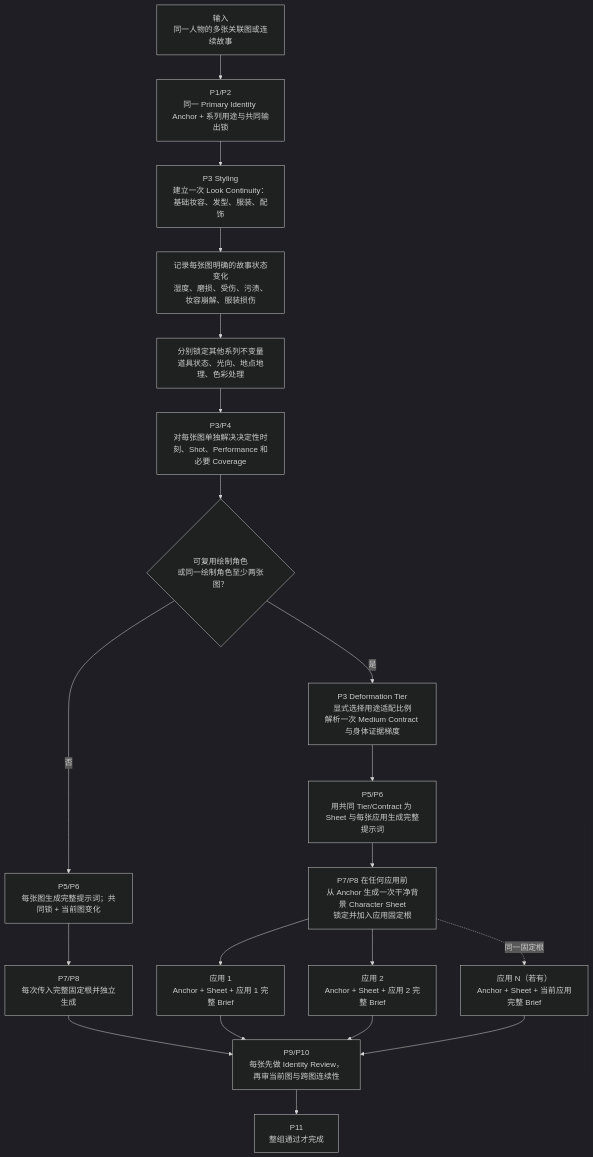
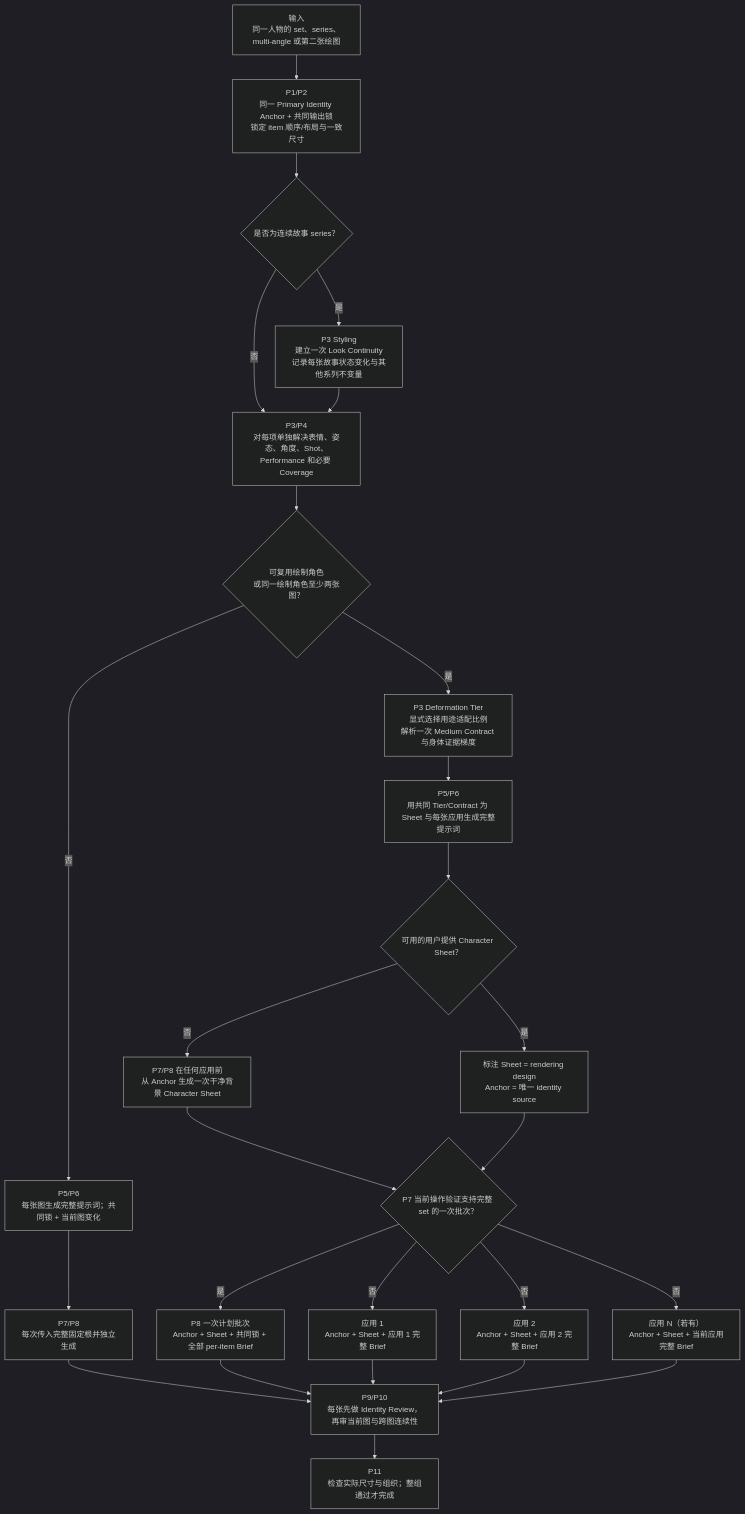
Diagram 11 of 13 in docs/architecture.md (cyaoc/cast-me), drawn with Mermaid (dark theme) before and after one commit. The commit also changed other lines of this file and 4 other files, not shown here.

Commit message:
feat: support drawn sets and multi-angle batches

````diff
--- a/docs/architecture.md
+++ b/docs/architecture.md
@@ -408,22 +412,28 @@
 ```mermaid
 flowchart TD
-    U["输入<br/>同一人物的多张关联图或连续故事"] --> BASE["P1/P2<br/>同一 Primary Identity Anchor + 系列用途与共同输出锁"]
-    BASE --> LOOK["P3 Styling<br/>建立一次 Look Continuity：基础妆容、发型、服装、配饰"]
-    LOOK --> EVOLVE["记录每张图明确的故事状态变化<br/>湿度、磨损、受伤、污渍、妆容崩解、服装损伤"]
-    EVOLVE --> OTHER["分别锁定其他系列不变量<br/>道具状态、光向、地点地理、色彩处理"]
-    OTHER --> EACH["P3/P4<br/>对每张图单独解决决定性时刻、Shot、Performance 和必要 Coverage"]
+    U["输入<br/>同一人物的 set、series、multi-angle 或第二张绘图"] --> BASE["P1/P2<br/>同一 Primary Identity Anchor + 共同输出锁<br/>锁定 item 顺序/布局与一致尺寸"]
+    BASE --> SERIES{"是否为连续故事 series？"}
+    SERIES -- 是 --> LOOK["P3 Styling<br/>建立一次 Look Continuity<br/>记录每张故事状态变化与其他系列不变量"]
+    SERIES -- 否 --> EACH
+    LOOK --> EACH["P3/P4<br/>对每项单独解决表情、姿态、角度、Shot、Performance 和必要 Coverage"]
     EACH --> DRAWN{"可复用绘制角色<br/>或同一绘制角色至少两张图？"}
     DRAWN -- 否 --> P["P5/P6<br/>每张图生成完整提示词；共同锁 + 当前图变化"]
     P --> I["P7/P8<br/>每次传入完整固定根并独立生成"]
     DRAWN -- 是 --> TIER["P3 Deformation Tier<br/>显式选择用途适配比例<br/>解析一次 Medium Contract 与身体证据梯度"]
     TIER --> DP["P5/P6<br/>用共同 Tier/Contract 为 Sheet 与每张应用生成完整提示词"]
-    DP --> SHEET["P7/P8 在任何应用前<br/>从 Anchor 生成一次干净背景 Character Sheet<br/>锁定并加入应用固定根"]
-    SHEET --> A1["应用 1<br/>Anchor + Sheet + 应用 1 完整 Brief"]
-    SHEET --> A2["应用 2<br/>Anchor + Sheet + 应用 2 完整 Brief"]
-    SHEET -. 同一固定根 .-> AN["应用 N（若有）<br/>Anchor + Sheet + 当前应用完整 Brief"]
+    DP --> PROVIDED{"可用的用户提供 Character Sheet？"}
+    PROVIDED -- 否 --> SHEET["P7/P8 在任何应用前<br/>从 Anchor 生成一次干净背景 Character Sheet"]
+    PROVIDED -- 是 --> LABEL["标注 Sheet = rendering design<br/>Anchor = 唯一 identity source"]
+    SHEET --> CAP{"P7 当前操作验证支持完整 set 的一次批次？"}
+    LABEL --> CAP
+    CAP -- 是 --> BATCH["P8 一次计划批次<br/>Anchor + Sheet + 共同锁 + 全部 per-item Brief"]
+    CAP -- 否 --> A1["应用 1<br/>Anchor + Sheet + 应用 1 完整 Brief"]
+    CAP -- 否 --> A2["应用 2<br/>Anchor + Sheet + 应用 2 完整 Brief"]
+    CAP -- 否 --> AN["应用 N（若有）<br/>Anchor + Sheet + 当前应用完整 Brief"]
     I --> R["P9/P10<br/>每张先做 Identity Review，再审当前图与跨图连续性"]
+    BATCH --> R
     A1 --> R
     A2 --> R
     AN --> R
-    R --> O["P11<br/>整组通过才完成"]
+    R --> O["P11<br/>检查实际尺寸与组织；整组通过才完成"]
 ```
````
